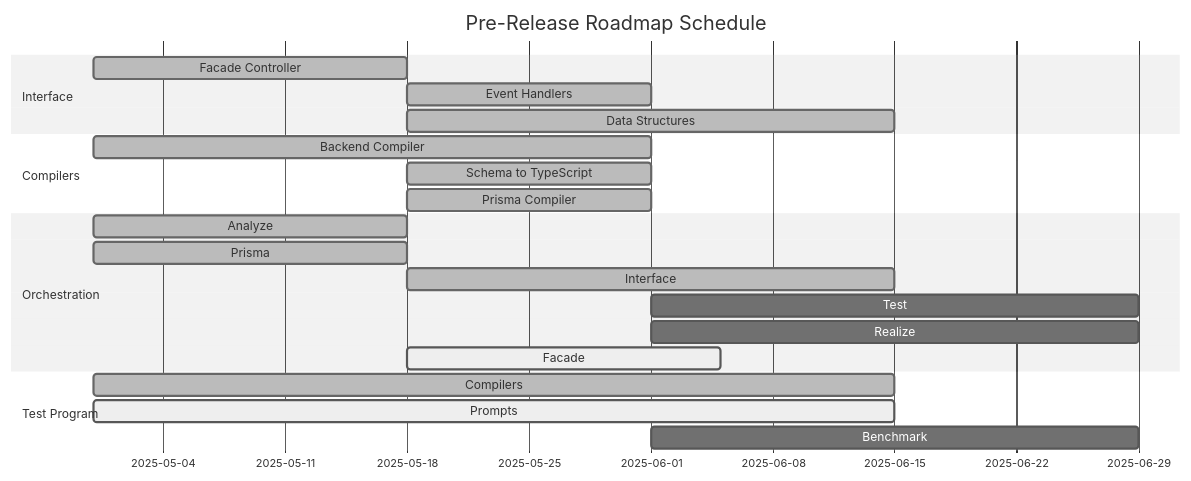
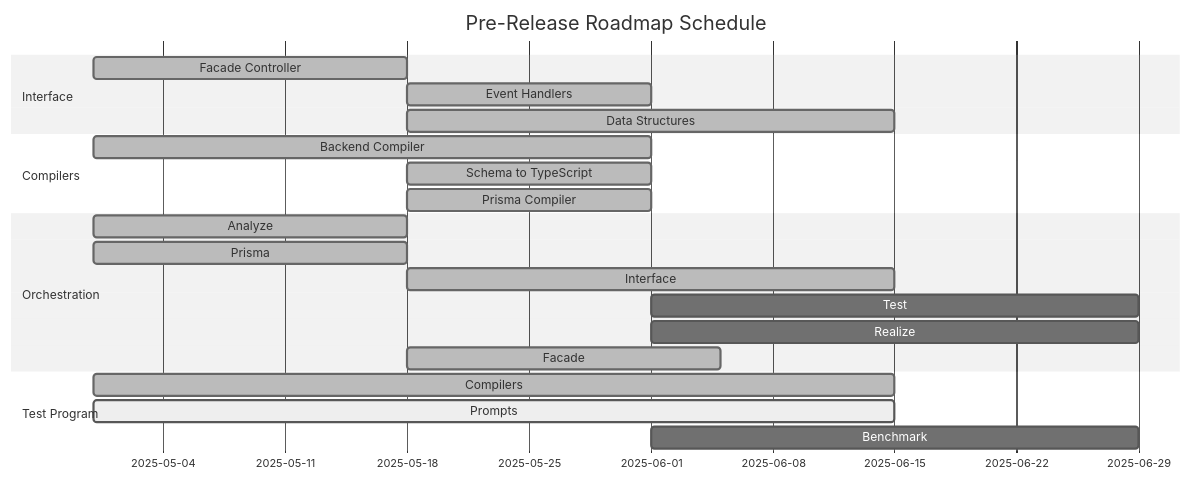
The third of 3 diagrams in README.md (wrtnlabs/autobe), drawn with Mermaid (neutral theme) before and after one commit.

Commit message:
Facade completed

````diff
--- a/README.md
+++ b/README.md
@@ -404,28 +404,28 @@
 ```mermaid
 gantt
   dateFormat YYYY-MM-DD
   title Pre-Release Roadmap Schedule
 
   section Interface
   Facade Controller: done, 2025-04-30, 18d
   Event Handlers:    done, 2025-05-18, 14d
   Data Structures:   done, 2025-05-18, 28d
 
   section Compilers
   Backend Compiler:     done, 2025-04-30, 32d
   Schema to TypeScript: done, 2025-05-18, 14d
   Prisma Compiler:      done, 2025-05-18, 14d
 
   section Orchestration
   Analyze  : done,    2025-04-30, 18d
   Prisma   : done,    2025-04-30, 18d
   Interface: done,    2025-05-18, 28d
   Test     : planned, 2025-06-01, 28d
   Realize  : planned, 2025-06-01, 28d
-  Facade   : active,  2025-05-18, 18d
+  Facade   : done,    2025-05-18, 18d
 
   section Test Program
   Compilers: done,    2025-04-30, 46d
   Prompts:   active,  2025-04-30, 46d
   Benchmark: planned, 2025-06-01, 28d
 ```
````
